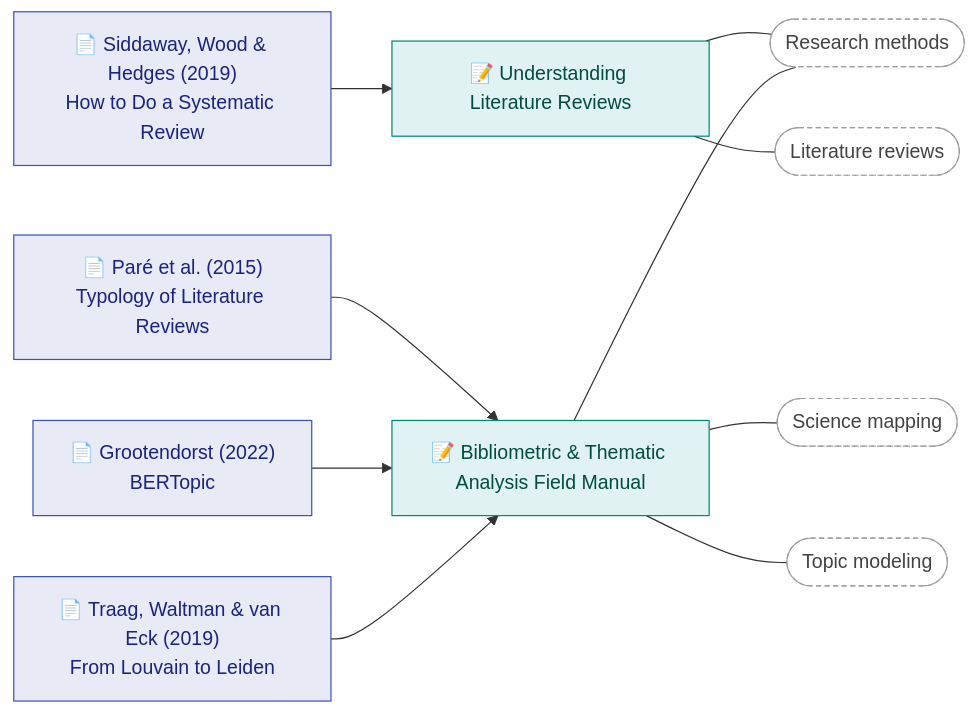
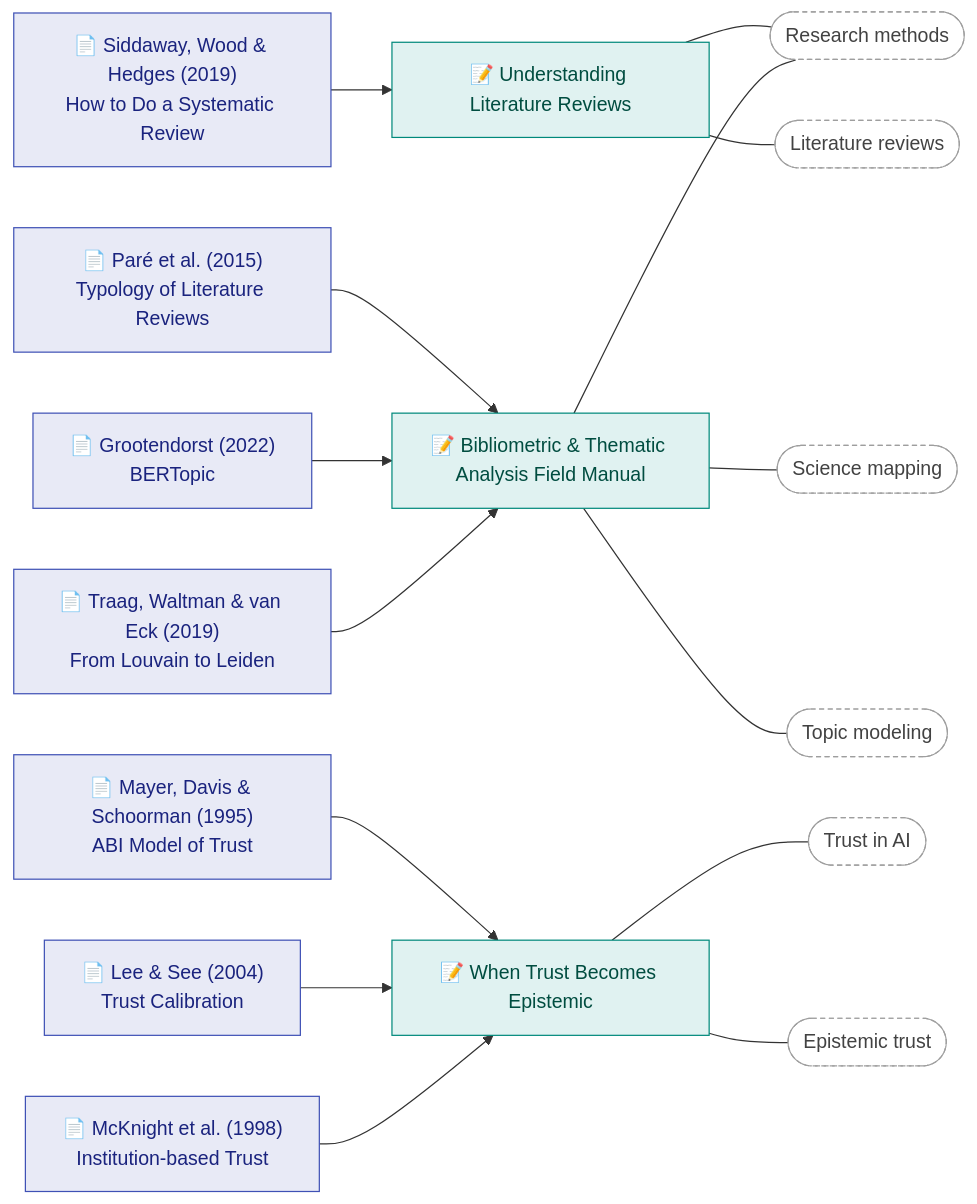
One commit to Sour-abh-Raj/research-notes changed the diagram in docs/library.md. Above: the diagram before and after it, drawn with Mermaid. The commit also changed other lines of this file and 1 other file, not shown here.

Commit message:
Add Research Log #1: epistemic trust in generative AI (IS gap)
New Research Log category. Argues IS frames GenAI trust as adoption,
not epistemic; output-trust is sparse and fragmented across industries;
proposes Mayer ABI + institution-based trust + Lee & See calibration
as the bridge. Updates library.md table + reading-map graph.

````diff
--- a/docs/library.md
+++ b/docs/library.md
@@ -22,30 +22,41 @@
 ```mermaid
 graph LR
     P1["📄 Siddaway, Wood & Hedges (2019)<br/>How to Do a Systematic Review"]
     P2["📄 Paré et al. (2015)<br/>Typology of Literature Reviews"]
     P3["📄 Grootendorst (2022)<br/>BERTopic"]
     P4["📄 Traag, Waltman & van Eck (2019)<br/>From Louvain to Leiden"]
+    P5["📄 Mayer, Davis & Schoorman (1995)<br/>ABI Model of Trust"]
+    P6["📄 Lee & See (2004)<br/>Trust Calibration"]
+    P7["📄 McKnight et al. (1998)<br/>Institution-based Trust"]
     A1["📝 Understanding Literature Reviews"]
     A2["📝 Bibliometric & Thematic Analysis Field Manual"]
+    A3["📝 When Trust Becomes Epistemic"]
     T1(["Research methods"])
     T2(["Literature reviews"])
     T3(["Science mapping"])
     T4(["Topic modeling"])
+    T5(["Trust in AI"])
+    T6(["Epistemic trust"])
 
     P1 --> A1
     P2 --> A2
     P3 --> A2
     P4 --> A2
+    P5 --> A3
+    P6 --> A3
+    P7 --> A3
     A1 --- T1
     A1 --- T2
     A2 --- T1
     A2 --- T3
     A2 --- T4
+    A3 --- T5
+    A3 --- T6
 
     classDef paper fill:#e8eaf6,stroke:#3f51b5,color:#1a237e;
     classDef article fill:#e0f2f1,stroke:#00897b,color:#004d40;
     classDef topic fill:#fff,stroke:#9e9e9e,color:#424242,stroke-dasharray: 4 3;
-    class P1,P2,P3,P4 paper;
-    class A1,A2 article;
-    class T1,T2,T3,T4 topic;
+    class P1,P2,P3,P4,P5,P6,P7 paper;
+    class A1,A2,A3 article;
+    class T1,T2,T3,T4,T5,T6 topic;
 ```
````
